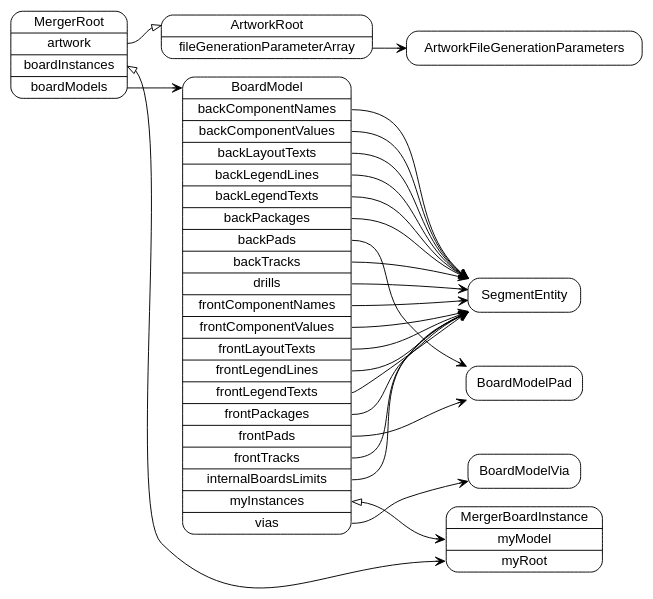
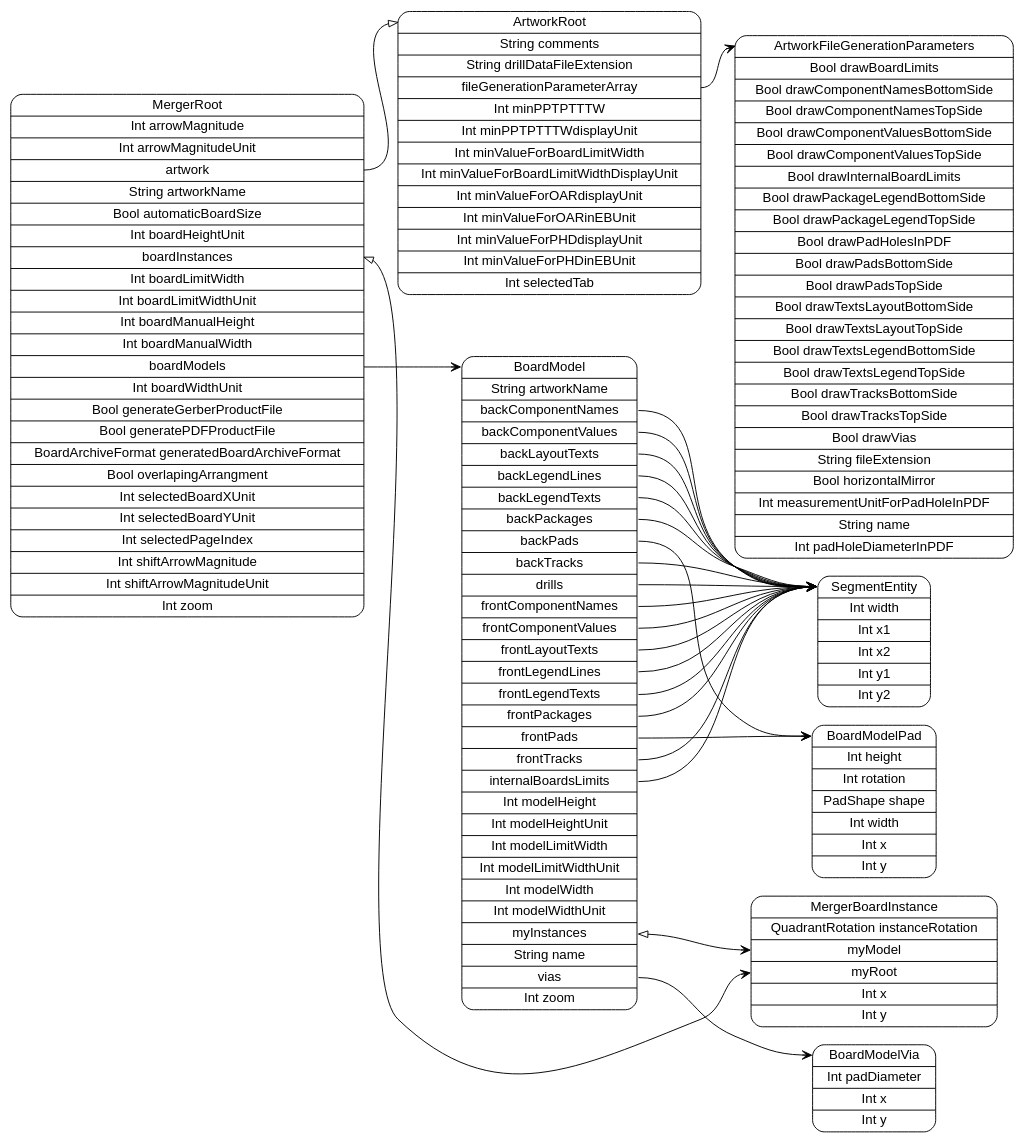
Before and after one commit to pierremolinaro/ElCanari-dev: the diagram in models/MergerRoot.dot, drawn with Graphviz. The commit also changed 12 other files, not shown here.

```diff
--- a/models/MergerRoot.dot
+++ b/models/MergerRoot.dot
@@ -1,36 +1,36 @@
 digraph G {
   rankdir=LR ;
   node [shape=record fontname=helvetica style=rounded] ;
-  MergerRoot[label="<MergerRoot>MergerRoot|<artwork>artwork|<boardInstances>boardInstances|<boardModels>boardModels"] ;
-  BoardModel[label="<BoardModel>BoardModel|<backComponentNames>backComponentNames|<backComponentValues>backComponentValues|<backLayoutTexts>backLayoutTexts|<backLegendLines>backLegendLines|<backLegendTexts>backLegendTexts|<backPackages>backPackages|<backPads>backPads|<backTracks>backTracks|<drills>drills|<frontComponentNames>frontComponentNames|<frontComponentValues>frontComponentValues|<frontLayoutTexts>frontLayoutTexts|<frontLegendLines>frontLegendLines|<frontLegendTexts>frontLegendTexts|<frontPackages>frontPackages|<frontPads>frontPads|<frontTracks>frontTracks|<internalBoardsLimits>internalBoardsLimits|<myInstances>myInstances|<vias>vias"] ;
-  BoardModelVia[label="<BoardModelVia>BoardModelVia"] ;
-  BoardModelPad[label="<BoardModelPad>BoardModelPad"] ;
-  SegmentEntity[label="<SegmentEntity>SegmentEntity"] ;
-  MergerBoardInstance[label="<MergerBoardInstance>MergerBoardInstance|<myModel>myModel|<myRoot>myRoot"] ;
-  ArtworkRoot[label="<ArtworkRoot>ArtworkRoot|<fileGenerationParameterArray>fileGenerationParameterArray"] ;
-  ArtworkFileGenerationParameters[label="<ArtworkFileGenerationParameters>ArtworkFileGenerationParameters"] ;
+  MergerRoot[label="<MergerRoot>MergerRoot|Int arrowMagnitude|Int arrowMagnitudeUnit|<artwork>artwork|String artworkName|Bool automaticBoardSize|Int boardHeightUnit|<boardInstances>boardInstances|Int boardLimitWidth|Int boardLimitWidthUnit|Int boardManualHeight|Int boardManualWidth|<boardModels>boardModels|Int boardWidthUnit|Bool generateGerberProductFile|Bool generatePDFProductFile|BoardArchiveFormat generatedBoardArchiveFormat|Bool overlapingArrangment|Int selectedBoardXUnit|Int selectedBoardYUnit|Int selectedPageIndex|Int shiftArrowMagnitude|Int shiftArrowMagnitudeUnit|Int zoom"] ;
+  BoardModel[label="<BoardModel>BoardModel|String artworkName|<backComponentNames>backComponentNames|<backComponentValues>backComponentValues|<backLayoutTexts>backLayoutTexts|<backLegendLines>backLegendLines|<backLegendTexts>backLegendTexts|<backPackages>backPackages|<backPads>backPads|<backTracks>backTracks|<drills>drills|<frontComponentNames>frontComponentNames|<frontComponentValues>frontComponentValues|<frontLayoutTexts>frontLayoutTexts|<frontLegendLines>frontLegendLines|<frontLegendTexts>frontLegendTexts|<frontPackages>frontPackages|<frontPads>frontPads|<frontTracks>frontTracks|<internalBoardsLimits>internalBoardsLimits|Int modelHeight|Int modelHeightUnit|Int modelLimitWidth|Int modelLimitWidthUnit|Int modelWidth|Int modelWidthUnit|<myInstances>myInstances|String name|<vias>vias|Int zoom"] ;
+  BoardModelVia[label="<BoardModelVia>BoardModelVia|Int padDiameter|Int x|Int y"] ;
+  BoardModelPad[label="<BoardModelPad>BoardModelPad|Int height|Int rotation|PadShape shape|Int width|Int x|Int y"] ;
+  SegmentEntity[label="<SegmentEntity>SegmentEntity|Int width|Int x1|Int x2|Int y1|Int y2"] ;
+  MergerBoardInstance[label="<MergerBoardInstance>MergerBoardInstance|QuadrantRotation instanceRotation|<myModel>myModel|<myRoot>myRoot|Int x|Int y"] ;
+  ArtworkRoot[label="<ArtworkRoot>ArtworkRoot|String comments|String drillDataFileExtension|<fileGenerationParameterArray>fileGenerationParameterArray|Int minPPTPTTTW|Int minPPTPTTTWdisplayUnit|Int minValueForBoardLimitWidth|Int minValueForBoardLimitWidthDisplayUnit|Int minValueForOARdisplayUnit|Int minValueForOARinEBUnit|Int minValueForPHDdisplayUnit|Int minValueForPHDinEBUnit|Int selectedTab"] ;
+  ArtworkFileGenerationParameters[label="<ArtworkFileGenerationParameters>ArtworkFileGenerationParameters|Bool drawBoardLimits|Bool drawComponentNamesBottomSide|Bool drawComponentNamesTopSide|Bool drawComponentValuesBottomSide|Bool drawComponentValuesTopSide|Bool drawInternalBoardLimits|Bool drawPackageLegendBottomSide|Bool drawPackageLegendTopSide|Bool drawPadHolesInPDF|Bool drawPadsBottomSide|Bool drawPadsTopSide|Bool drawTextsLayoutBottomSide|Bool drawTextsLayoutTopSide|Bool drawTextsLegendBottomSide|Bool drawTextsLegendTopSide|Bool drawTracksBottomSide|Bool drawTracksTopSide|Bool drawVias|String fileExtension|Bool horizontalMirror|Int measurementUnitForPadHoleInPDF|String name|Int padHoleDiameterInPDF"] ;
   MergerRoot:artwork -> ArtworkRoot:ArtworkRoot [dir=both arrowtail=none arrowhead=onormal] ;
   MergerRoot:boardInstances -> MergerBoardInstance:myRoot [dir=both arrowtail=onormal arrowhead=vee] ;
   MergerRoot:boardModels -> BoardModel:BoardModel [dir=both arrowtail=none arrowhead=vee] ;
   BoardModel:backComponentNames -> SegmentEntity:SegmentEntity [dir=both arrowtail=none arrowhead=vee] ;
   BoardModel:backComponentValues -> SegmentEntity:SegmentEntity [dir=both arrowtail=none arrowhead=vee] ;
   BoardModel:backLayoutTexts -> SegmentEntity:SegmentEntity [dir=both arrowtail=none arrowhead=vee] ;
   BoardModel:backLegendLines -> SegmentEntity:SegmentEntity [dir=both arrowtail=none arrowhead=vee] ;
   BoardModel:backLegendTexts -> SegmentEntity:SegmentEntity [dir=both arrowtail=none arrowhead=vee] ;
   BoardModel:backPackages -> SegmentEntity:SegmentEntity [dir=both arrowtail=none arrowhead=vee] ;
   BoardModel:backPads -> BoardModelPad:BoardModelPad [dir=both arrowtail=none arrowhead=vee] ;
   BoardModel:backTracks -> SegmentEntity:SegmentEntity [dir=both arrowtail=none arrowhead=vee] ;
   BoardModel:drills -> SegmentEntity:SegmentEntity [dir=both arrowtail=none arrowhead=vee] ;
   BoardModel:frontComponentNames -> SegmentEntity:SegmentEntity [dir=both arrowtail=none arrowhead=vee] ;
   BoardModel:frontComponentValues -> SegmentEntity:SegmentEntity [dir=both arrowtail=none arrowhead=vee] ;
   BoardModel:frontLayoutTexts -> SegmentEntity:SegmentEntity [dir=both arrowtail=none arrowhead=vee] ;
   BoardModel:frontLegendLines -> SegmentEntity:SegmentEntity [dir=both arrowtail=none arrowhead=vee] ;
   BoardModel:frontLegendTexts -> SegmentEntity:SegmentEntity [dir=both arrowtail=none arrowhead=vee] ;
   BoardModel:frontPackages -> SegmentEntity:SegmentEntity [dir=both arrowtail=none arrowhead=vee] ;
   BoardModel:frontPads -> BoardModelPad:BoardModelPad [dir=both arrowtail=none arrowhead=vee] ;
   BoardModel:frontTracks -> SegmentEntity:SegmentEntity [dir=both arrowtail=none arrowhead=vee] ;
   BoardModel:internalBoardsLimits -> SegmentEntity:SegmentEntity [dir=both arrowtail=none arrowhead=vee] ;
   BoardModel:myInstances -> MergerBoardInstance:myModel [dir=both arrowtail=onormal arrowhead=vee] ;
   BoardModel:vias -> BoardModelVia:BoardModelVia [dir=both arrowtail=none arrowhead=vee] ;
   ArtworkRoot:fileGenerationParameterArray -> ArtworkFileGenerationParameters:ArtworkFileGenerationParameters [dir=both arrowtail=none arrowhead=vee] ;
 }
```
